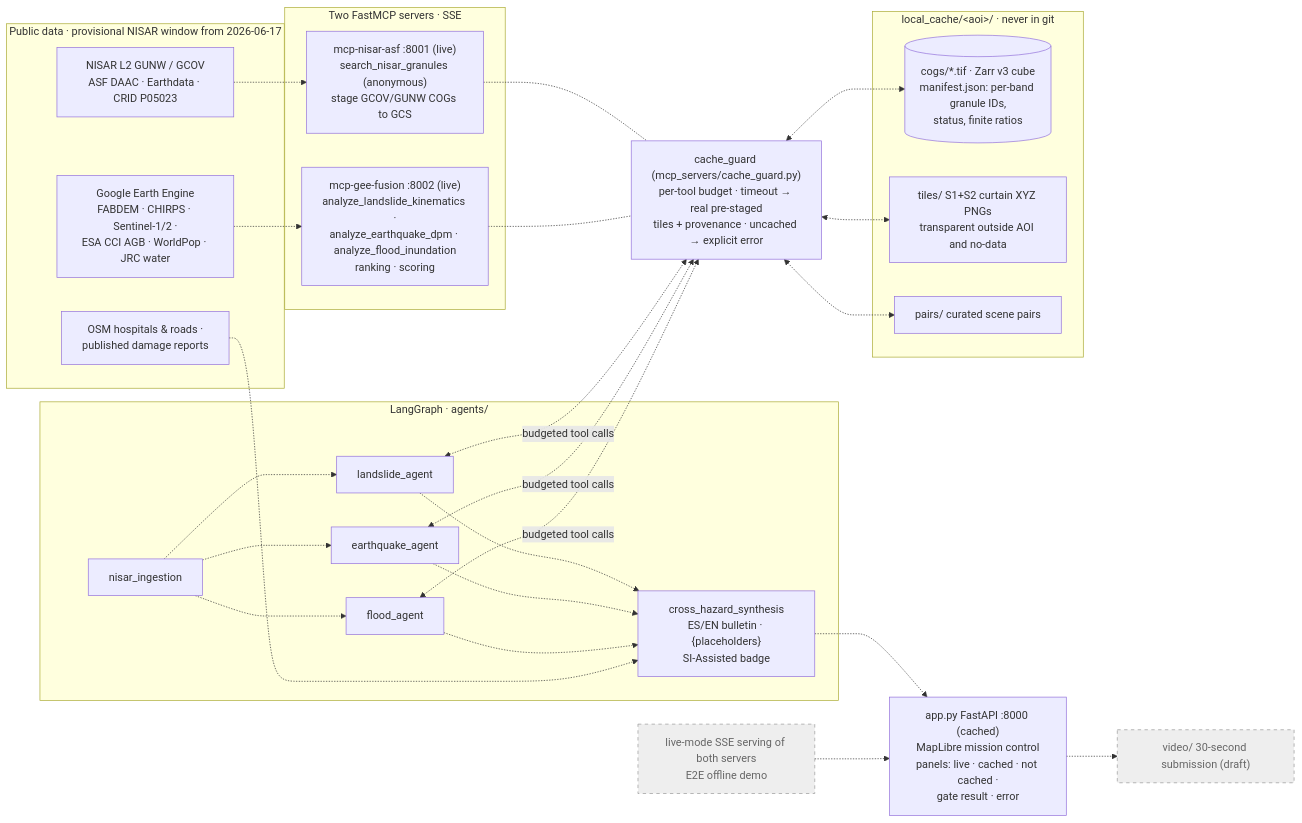
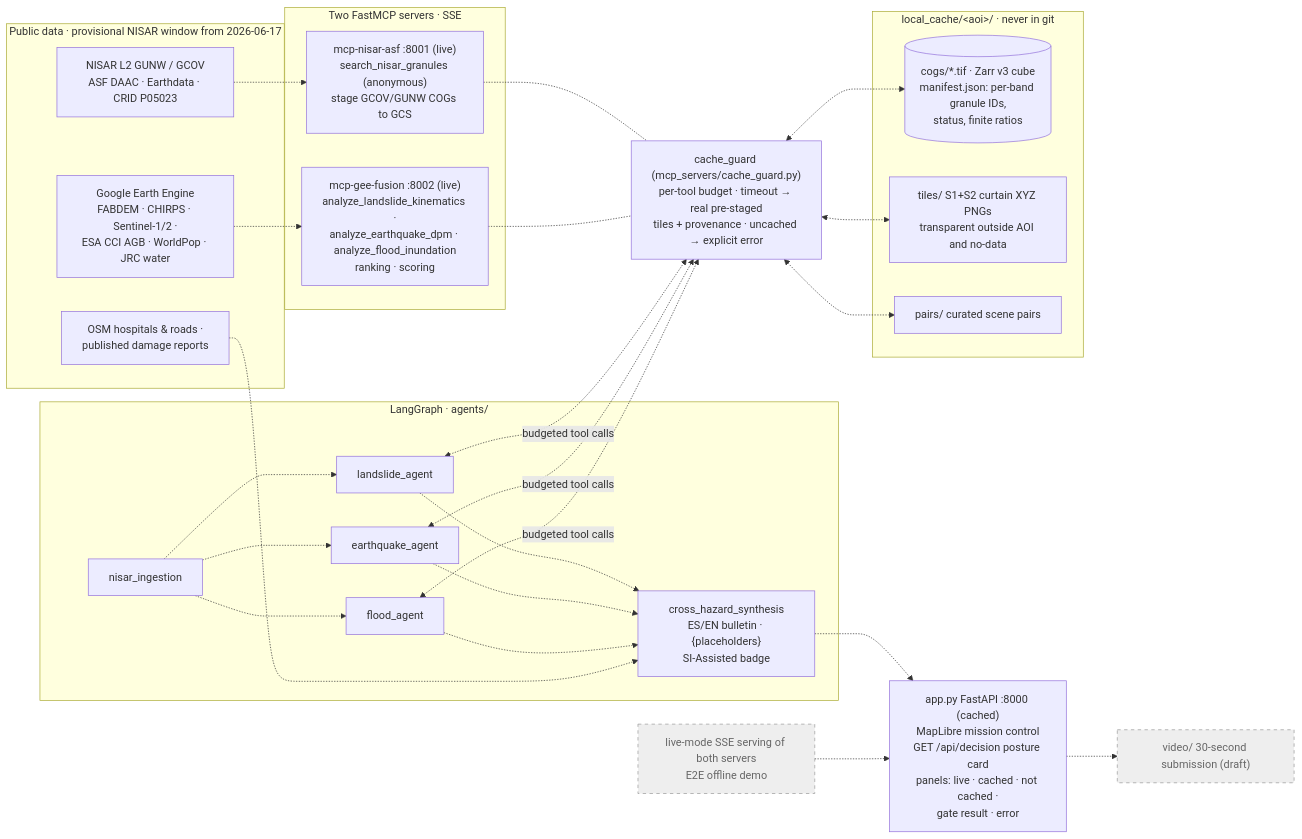
The first of 3 diagrams in README.md (NASA-Space-Apps-Challenge-two-left-feet/surface_tango), drawn with Mermaid before and after one commit. The commit also changed other lines of this file and 13 other files, not shown here.

````diff
--- a/README.md
+++ b/README.md
@@ -106,42 +107,42 @@
 ```mermaid
 flowchart LR
     subgraph DATA["Public data · provisional NISAR window from 2026-06-17"]
         NISAR["NISAR L2 GUNW / GCOV<br/>ASF DAAC · Earthdata · CRID P05023"]
         GEE["Google Earth Engine<br/>FABDEM · CHIRPS · Sentinel-1/2 ·<br/>ESA CCI AGB · WorldPop · JRC water"]
         PUB["OSM hospitals & roads ·<br/>published damage reports"]
     end
     subgraph SERVERS["Two FastMCP servers · SSE"]
         M1["mcp-nisar-asf :8001 (live)<br/>search_nisar_granules (anonymous)<br/>stage GCOV/GUNW COGs to GCS"]
         M2["mcp-gee-fusion :8002 (live)<br/>analyze_landslide_kinematics ·<br/>analyze_earthquake_dpm · analyze_flood_inundation<br/>ranking · scoring"]
     end
     GUARD["cache_guard (mcp_servers/cache_guard.py)<br/>per-tool budget · timeout → real pre-staged<br/>tiles + provenance · uncached → explicit error"]
     subgraph GRAPH["LangGraph · agents/"]
         IN["nisar_ingestion"]
         L["landslide_agent"]
         Q["earthquake_agent"]
         F["flood_agent"]
         S["cross_hazard_synthesis<br/>ES/EN bulletin · {placeholders}<br/>SI-Assisted badge"]
     end
     subgraph CACHE["local_cache/&lt;aoi&gt;/ · never in git"]
         ZARR[("cogs/*.tif · Zarr v3 cube<br/>manifest.json: per-band granule IDs,<br/>status, finite ratios")]
         TILES["tiles/ S1+S2 curtain XYZ PNGs<br/>transparent outside AOI and no-data"]
         PAIRS["pairs/ curated scene pairs"]
     end
-    UI["app.py FastAPI :8000 (cached)<br/>MapLibre mission control<br/>panels: live · cached · not cached ·<br/>gate result · error"]
+    UI["app.py FastAPI :8000 (cached)<br/>MapLibre mission control<br/>GET /api/decision posture card<br/>panels: live · cached · not cached ·<br/>gate result · error"]
     VIDEO["video/ 30-second submission (draft)"]
 
     NISAR -.-> M1
     GEE -.-> M2
     M1 -.- GUARD
     M2 -.- GUARD
     GUARD <-.-> ZARR & TILES & PAIRS
     IN -.-> L & Q & F
     L & Q & F <-.->|budgeted tool calls| GUARD
     L & Q & F -.-> S
     S -.-> UI
     PUB -.-> S
     UI -.-> VIDEO
     LIVE["live-mode SSE serving of both servers<br/>E2E offline demo"]:::pending -.-> UI
     class VIDEO pending
     classDef pending fill:#eee,stroke:#999,color:#666,stroke-dasharray:5 5
 ```
````
